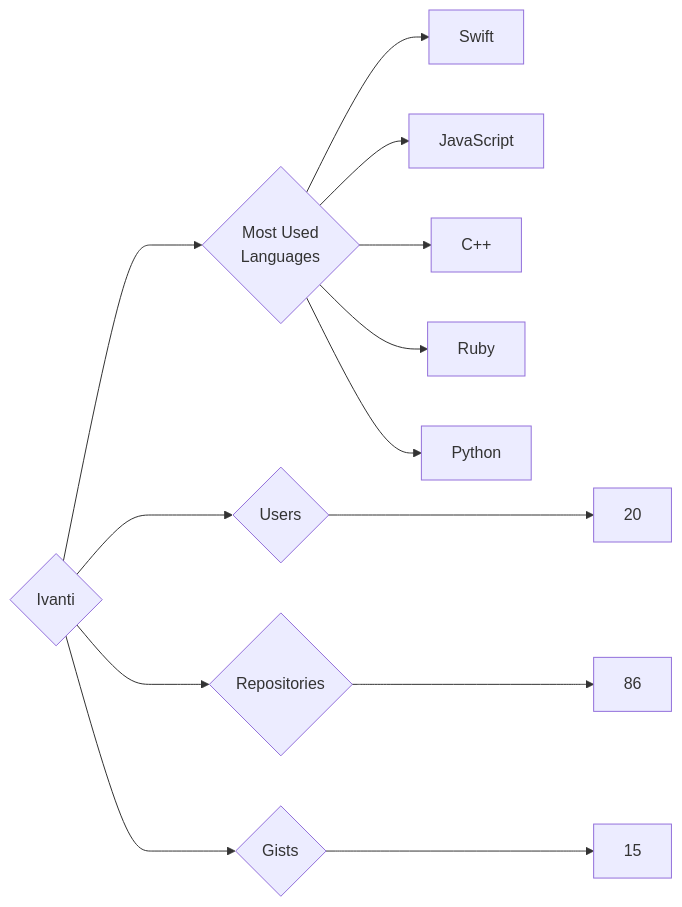
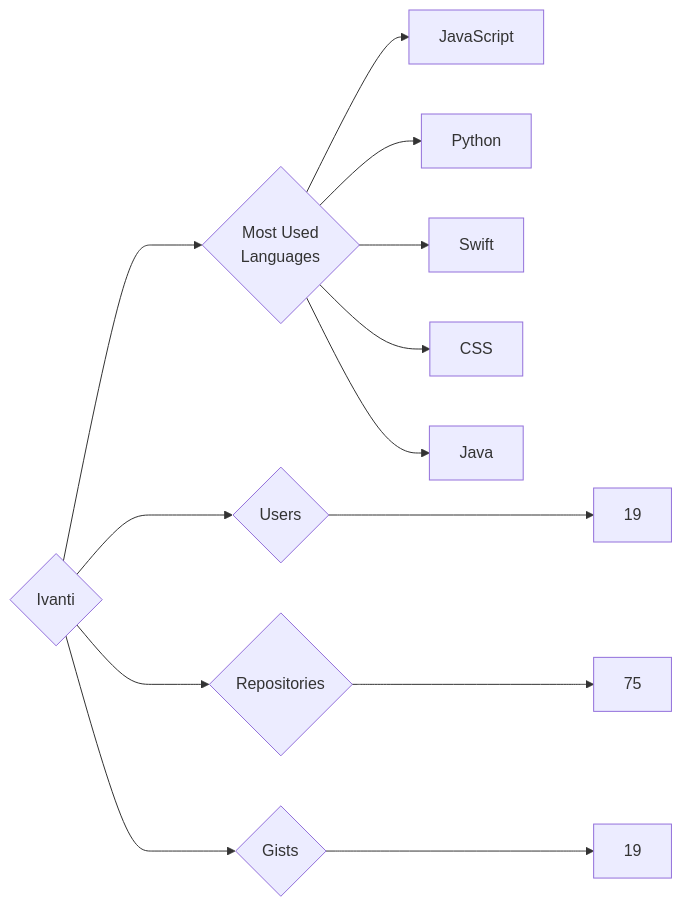
The diagram in targets/Ivanti/README.md (trickest/insiders), drawn with Mermaid before and after one commit. The commit also changed 891 other files, not shown here.

````diff
--- a/targets/Ivanti/README.md
+++ b/targets/Ivanti/README.md
@@ -3,13 +3,13 @@
 ```mermaid
 graph LR
 COMPANY_NAME{Ivanti}
-COMPANY_NAME ---> U{Users} ---> UN[20]
-COMPANY_NAME ---> R{Repositories} ---> RN[86]
-COMPANY_NAME ---> G{Gists} ---> GN[15]
+COMPANY_NAME ---> U{Users} ---> UN[19]
+COMPANY_NAME ---> R{Repositories} ---> RN[75]
+COMPANY_NAME ---> G{Gists} ---> GN[19]
 COMPANY_NAME ---> ML{Most Used<br>Languages}
+ML --> JavaScript[JavaScript]
+ML --> Python[Python]
 ML --> Swift[Swift]
-ML --> JavaScript[JavaScript]
-ML --> C++[C++]
-ML --> Ruby[Ruby]
-ML --> Python[Python]
+ML --> CSS[CSS]
+ML --> Java[Java]
 ```
````
